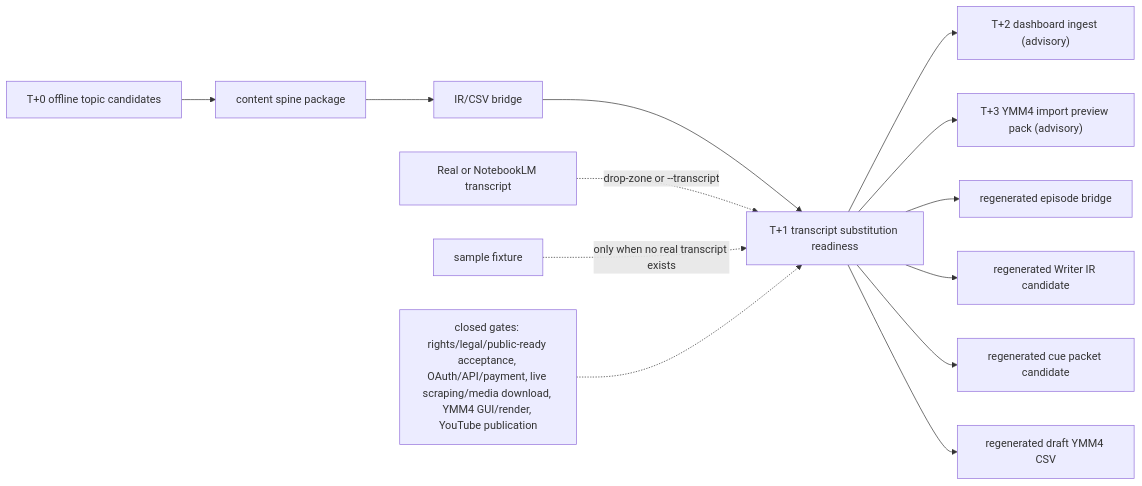
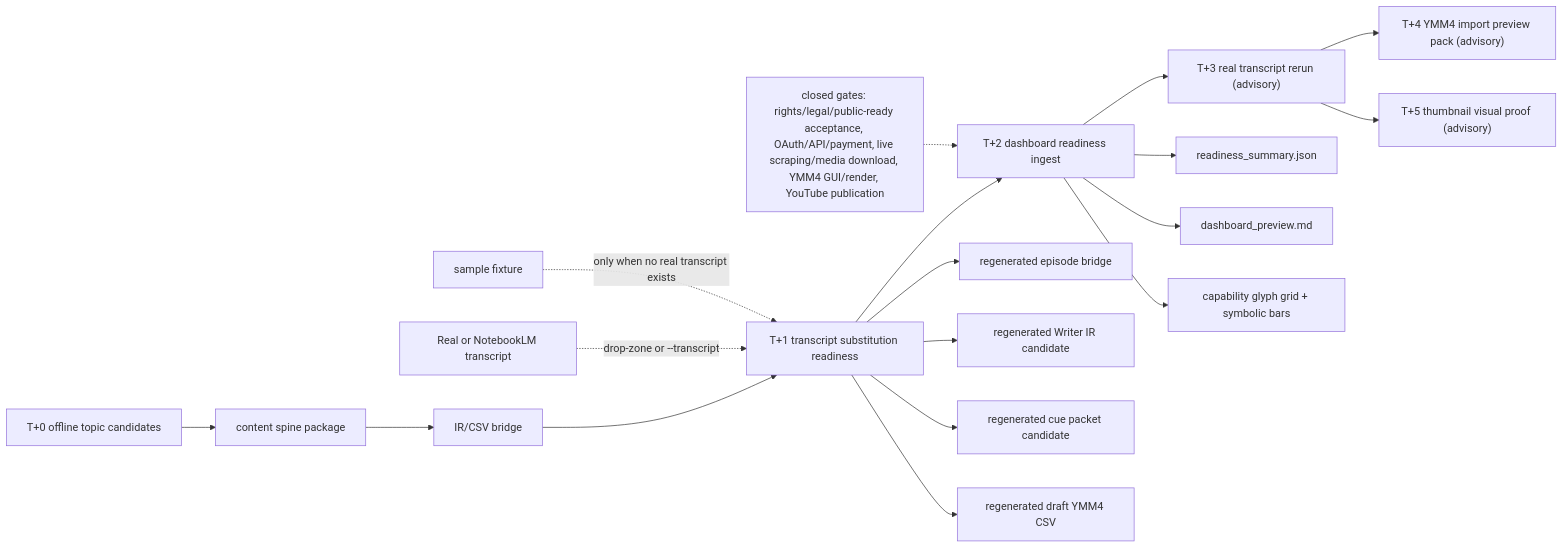
The diagram in docs/PROJECT_PIPELINE.mmd (YuShimoji/NLMYTGen), drawn with Mermaid before and after one commit. The commit also changed 17 other files, not shown here.

Commit message:
feat: add dashboard readiness ingest

```diff
--- a/docs/PROJECT_PIPELINE.mmd
+++ b/docs/PROJECT_PIPELINE.mmd
@@ -1,16 +1,21 @@
 flowchart LR
     A["T+0 offline topic candidates"] --> B["content spine package"]
     B --> C["IR/CSV bridge"]
     C --> D["T+1 transcript substitution readiness"]
-    D --> E["T+2 dashboard ingest (advisory)"]
-    D --> F["T+3 YMM4 import preview pack (advisory)"]
+    D --> E["T+2 dashboard readiness ingest"]
+    E --> F["T+3 real transcript rerun (advisory)"]
+    F --> N["T+4 YMM4 import preview pack (advisory)"]
+    F --> O["T+5 thumbnail visual proof (advisory)"]
 
     G["Real or NotebookLM transcript"] -. "drop-zone or --transcript" .-> D
     H["sample fixture"] -. "only when no real transcript exists" .-> D
 
     D --> I["regenerated episode bridge"]
     D --> J["regenerated Writer IR candidate"]
     D --> K["regenerated cue packet candidate"]
     D --> L["regenerated draft YMM4 CSV"]
+    E --> P["readiness_summary.json"]
+    E --> Q["dashboard_preview.md"]
+    E --> R["capability glyph grid + symbolic bars"]
 
-    M["closed gates: rights/legal/public-ready acceptance, OAuth/API/payment, live scraping/media download, YMM4 GUI/render, YouTube publication"] -.-> D
+    M["closed gates: rights/legal/public-ready acceptance, OAuth/API/payment, live scraping/media download, YMM4 GUI/render, YouTube publication"] -.-> E
```
